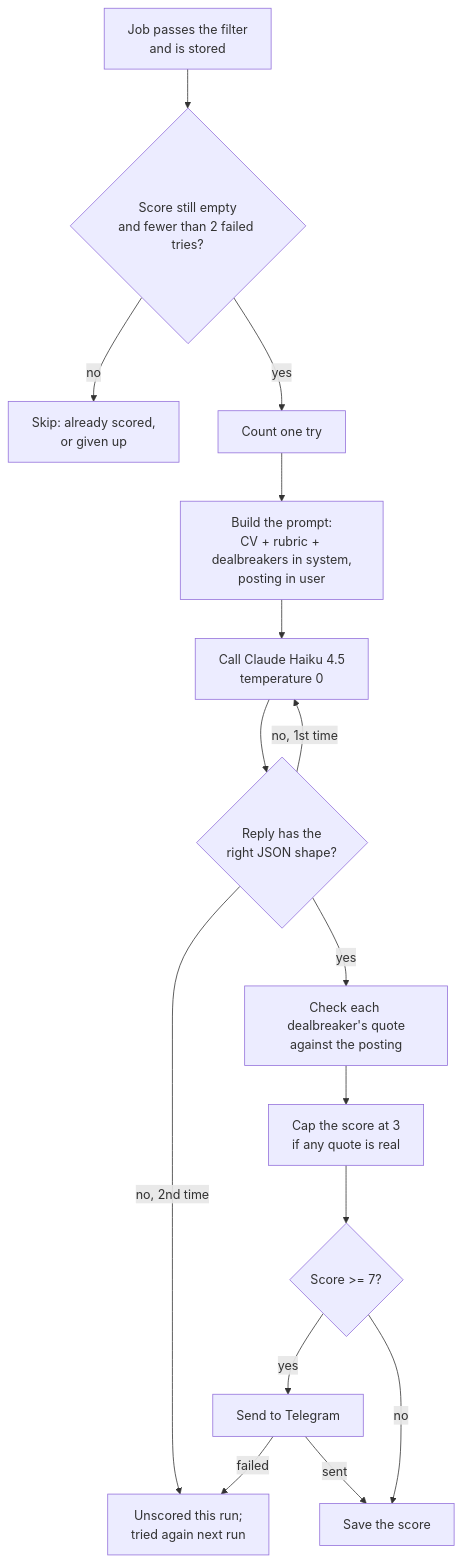
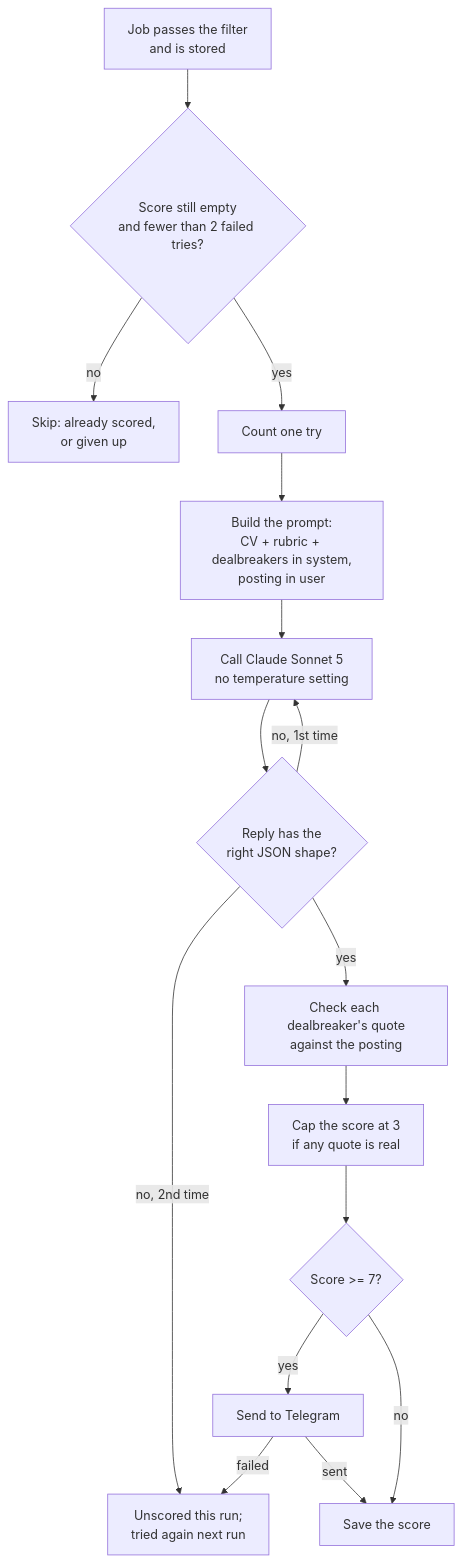
Before and after one commit to Pavlana/getjo: the diagram in docs/scoring.md, drawn with Mermaid. The commit also changed other lines of this file and 1 other file, not shown here.

Commit message:
docs: scoring model is Sonnet 5 (not Haiku); example profile and cost updated

````diff
--- a/docs/scoring.md
+++ b/docs/scoring.md
@@ -7,18 +7,18 @@
 ```mermaid
 flowchart TD
   A[Job passes the filter<br>and is stored] --> B{Score still empty<br>and fewer than 2 failed tries?}
   B -- no --> Z[Skip: already scored,<br>or given up]
   B -- yes --> C[Count one try]
   C --> D[Build the prompt:<br>CV + rubric + dealbreakers in system,<br>posting in user]
-  D --> E[Call Claude Haiku 4.5<br>temperature 0]
+  D --> E[Call Claude Sonnet 5<br>no temperature setting]
   E --> F{Reply has the<br>right JSON shape?}
   F -- no, 1st time --> E
   F -- no, 2nd time --> X[Unscored this run;<br>tried again next run]
   F -- yes --> G[Check each dealbreaker's quote<br>against the posting]
   G --> H[Cap the score at 3<br>if any quote is real]
   H --> I{Score >= 7?}
   I -- yes --> J[Send to Telegram]
   J -- sent --> K[Save the score]
   J -- failed --> X
   I -- no --> K
 ```
````
